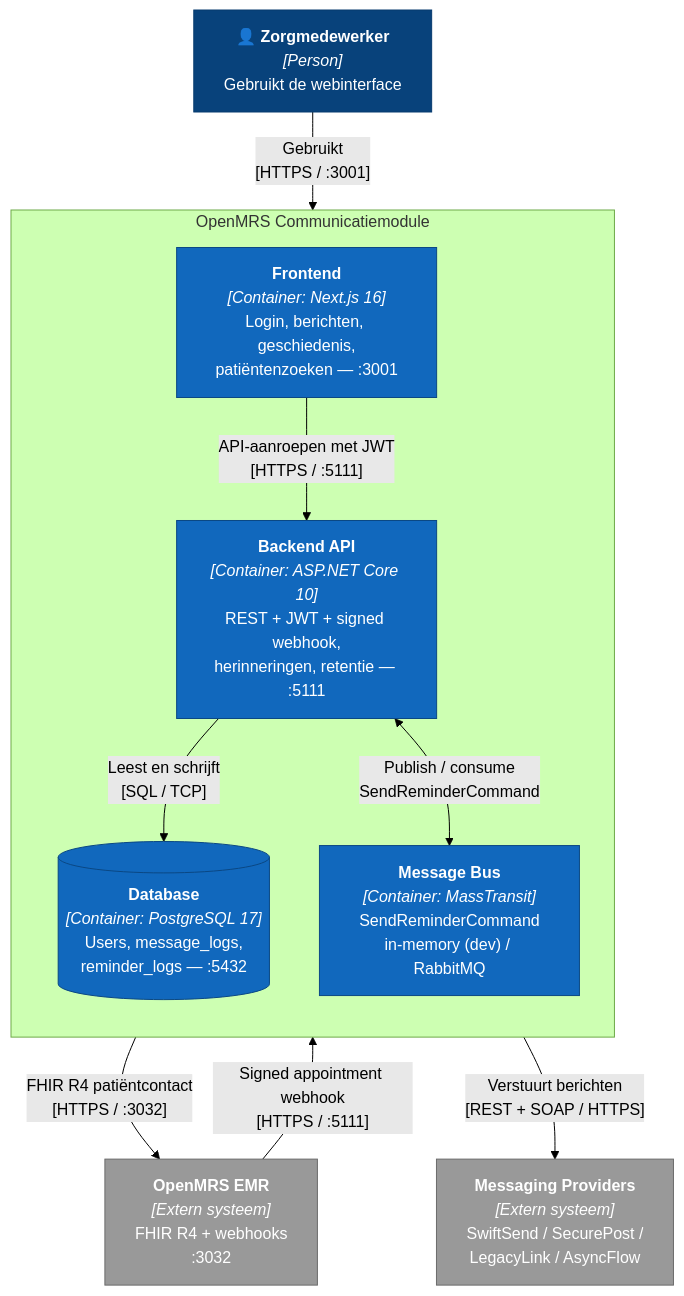
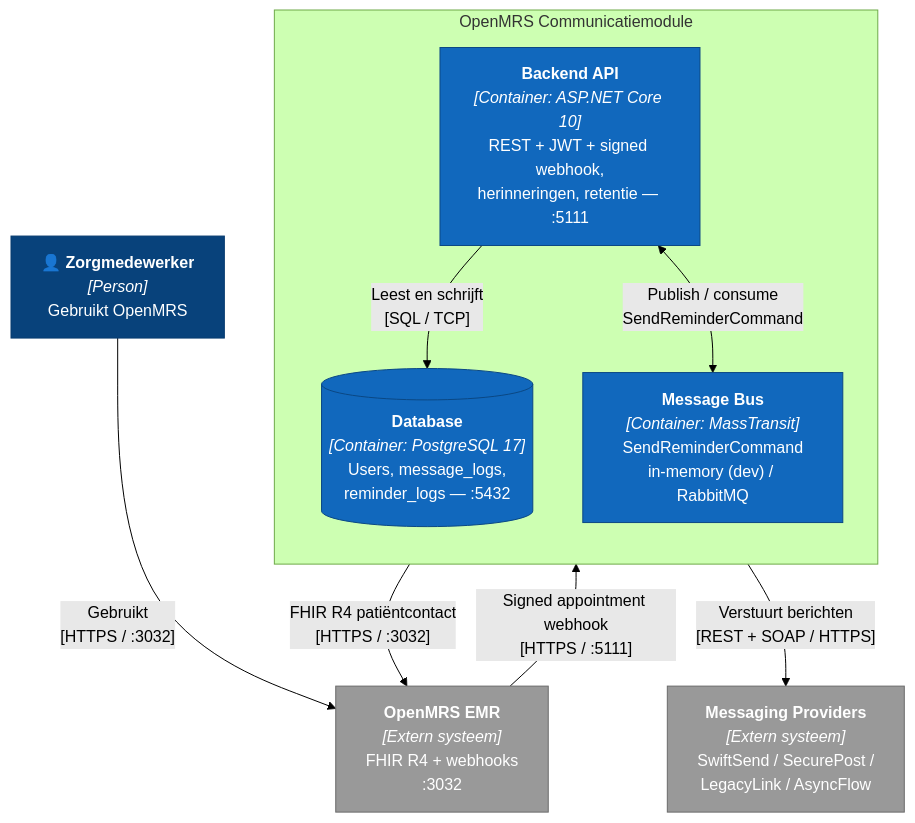
One commit to Rishyansyal/OpenMRSmoduleBackend changed the diagram in docs/c4/02-containers.md. Above: the diagram before and after it, drawn with Mermaid (forest theme). The commit also changed 15 other files, not shown here.

````diff
--- a/docs/c4/02-containers.md
+++ b/docs/c4/02-containers.md
@@ -5,28 +5,26 @@
 ```mermaid
 flowchart TB
     classDef person fill:#08427b,stroke:#073b6f,color:#fff
     classDef container fill:#1168bd,stroke:#0b4884,color:#fff
     classDef db fill:#1168bd,stroke:#0b4884,color:#fff
     classDef ext fill:#999999,stroke:#6b6b6b,color:#fff
 
-    zorg["👤 <b>Zorgmedewerker</b><br/><i>[Person]</i><br/>Gebruikt de webinterface"]:::person
+    zorg["👤 <b>Zorgmedewerker</b><br/><i>[Person]</i><br/>Gebruikt OpenMRS"]:::person
     openmrs["<b>OpenMRS EMR</b><br/><i>[Extern systeem]</i><br/>FHIR R4 + webhooks<br/>:3032"]:::ext
     providers["<b>Messaging Providers</b><br/><i>[Extern systeem]</i><br/>SwiftSend / SecurePost /<br/>LegacyLink / AsyncFlow"]:::ext
 
     subgraph module["OpenMRS Communicatiemodule"]
         direction TB
-        frontend["<b>Frontend</b><br/><i>[Container: Next.js 16]</i><br/>Login, berichten, geschiedenis,<br/>patiëntenzoeken — :3001"]:::container
         api["<b>Backend API</b><br/><i>[Container: ASP.NET Core 10]</i><br/>REST + JWT + signed webhook,<br/>herinneringen, retentie — :5111"]:::container
         db[("<b>Database</b><br/><i>[Container: PostgreSQL 17]</i><br/>Users, message_logs,<br/>reminder_logs — :5432")]:::db
         bus["<b>Message Bus</b><br/><i>[Container: MassTransit]</i><br/>SendReminderCommand<br/>in-memory (dev) / RabbitMQ"]:::container
 
-        frontend -->|"API-aanroepen met JWT<br/>[HTTPS / :5111]"| api
         api -->|"Leest en schrijft<br/>[SQL / TCP]"| db
         api <-->|"Publish / consume<br/>SendReminderCommand"| bus
     end
 
-    zorg -->|"Gebruikt<br/>[HTTPS / :3001]"| frontend
+    zorg -->|"Gebruikt<br/>[HTTPS / :3032]"| openmrs
     openmrs -->|"Signed appointment webhook<br/>[HTTPS / :5111]"| api
     api -->|"FHIR R4 patiëntcontact<br/>[HTTPS / :3032]"| openmrs
     api -->|"Verstuurt berichten<br/>[REST + SOAP / HTTPS]"| providers
 ```
````
